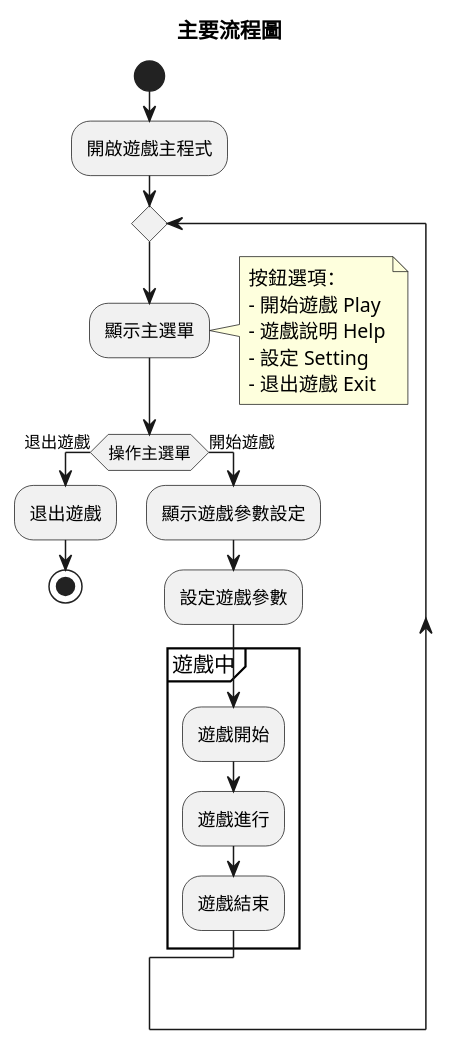
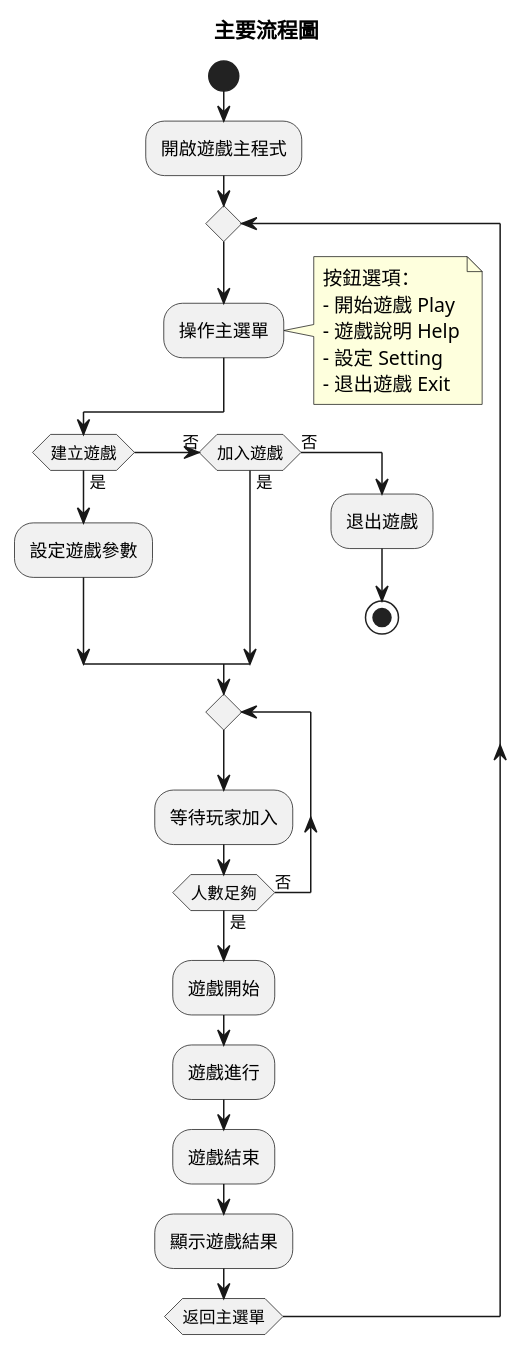
Before and after one commit to LoveSnowEx/gungi: the diagram in uml/main_flow.plantuml, drawn with PlantUML.

Commit message:
Refactor main flow diagram to enhance game menu operations and player joining logic

```diff
--- a/uml/main_flow.plantuml
+++ b/uml/main_flow.plantuml
@@ -1,29 +1,32 @@
 @startuml main flow
 
 title 主要流程圖
 
 start
 :開啟遊戲主程式;
 repeat
-:顯示主選單;
-note right
-  按鈕選項：
-  - 開始遊戲 Play
-  - 遊戲說明 Help
-  - 設定 Setting
-  - 退出遊戲 Exit
-end note
-if (操作主選單) then (退出遊戲)
-  :退出遊戲;
-  stop
-else (開始遊戲)
-  :顯示遊戲參數設定;
-  :設定遊戲參數;
-  group 遊戲中
-    :遊戲開始;
-    :遊戲進行;
-    :遊戲結束;
-  end group
-endif
+  :操作主選單;
+  note right
+    按鈕選項：
+    - 開始遊戲 Play
+    - 遊戲說明 Help
+    - 設定 Setting
+    - 退出遊戲 Exit
+  end note
+  if (建立遊戲) then (是)
+    :設定遊戲參數;
+  (否) elseif (加入遊戲) then (是)
+  else (否)
+    :退出遊戲;
+    stop
+  endif
+  repeat
+    :等待玩家加入;
+  repeatwhile (人數足夠) is (否) not (是)
+  :遊戲開始;
+  :遊戲進行;
+  :遊戲結束;
+  :顯示遊戲結果;
+repeatwhile (返回主選單)
 
 @enduml
```
